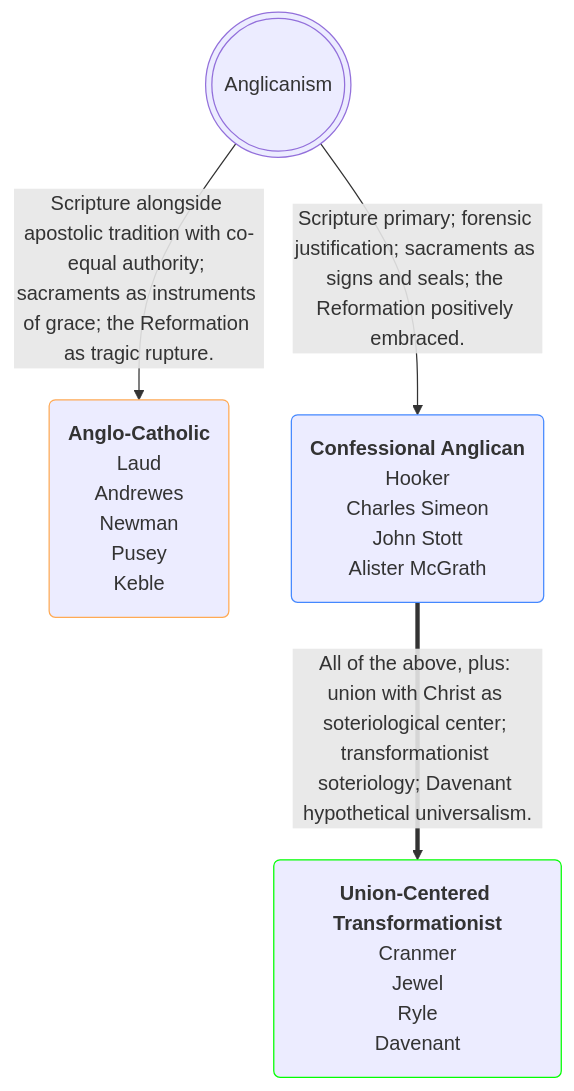
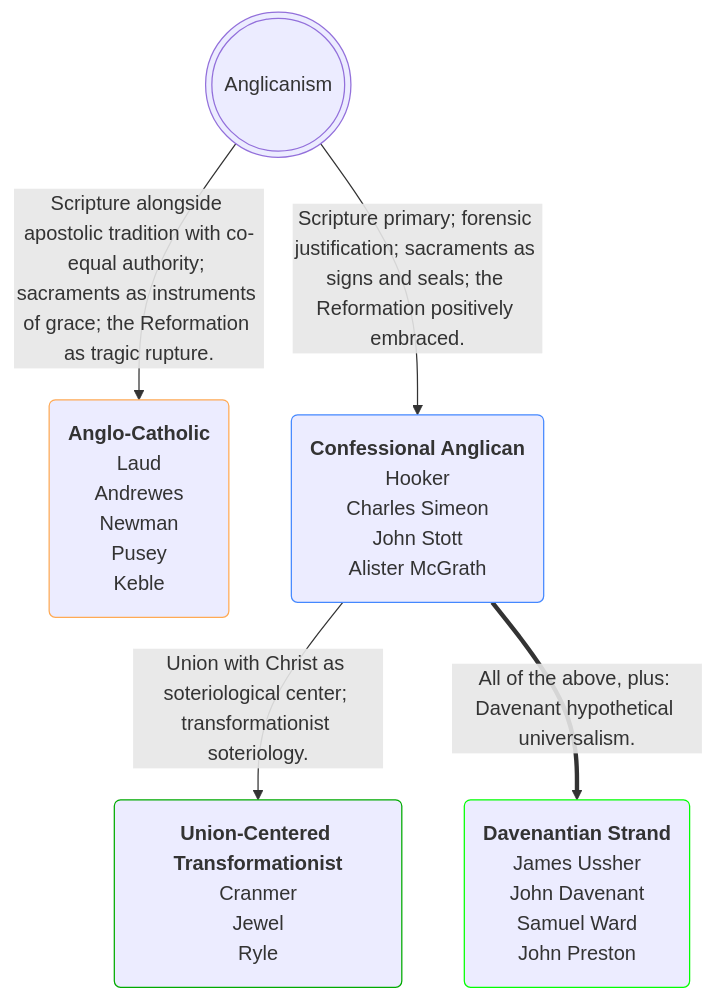
The first of 2 diagrams in _posts/2026-03-27-confessional-transformationist-anglo-catholic.markdown (OrdoLuminis/ordoluminis.github.io), drawn with Mermaid before and after one commit. The commit also changed other lines of this file, not shown here.

````diff
--- a/_posts/2026-03-27-confessional-transformationist-anglo-catholic.markdown
+++ b/_posts/2026-03-27-confessional-transformationist-anglo-catholic.markdown
@@ -44,10 +44,12 @@
 ```mermaid
 flowchart TD
     A(((Anglicanism)))
     A -->|Scripture alongside apostolic tradition with co-equal authority; sacraments as instruments of grace; the Reformation as tragic rupture.| B(<strong>Anglo-Catholic</strong><br>Laud<br>Andrewes<br>Newman<br>Pusey<br>Keble):::orange
     A -->|Scripture primary; forensic justification; sacraments as signs and seals; the Reformation positively embraced.| C(<strong>Confessional Anglican</strong><br>Hooker<br>Charles Simeon<br>John Stott<br>Alister McGrath):::blue
-    C ==>|All of the above, plus: union with Christ as soteriological center; transformationist soteriology; Davenant hypothetical universalism.| D(<strong>Union-Centered Transformationist</strong><br>Cranmer<br>Jewel<br>Ryle<br>Davenant):::green
+    C -->|Union with Christ as soteriological center; transformationist soteriology.| E(<strong>Union-Centered Transformationist</strong><br>Cranmer<br>Jewel<br>Ryle):::lightgreen
+    C ==>|All of the above, plus: Davenant hypothetical universalism.| D(<strong>Davenantian Strand</strong><br>James Ussher<br>John Davenant<br>Samuel Ward<br>John Preston):::green
     classDef green stroke:#0f0
+    classDef lightgreen stroke:#0a0
     classDef orange stroke:#fa5
     classDef blue stroke:#48f
 ```
````
